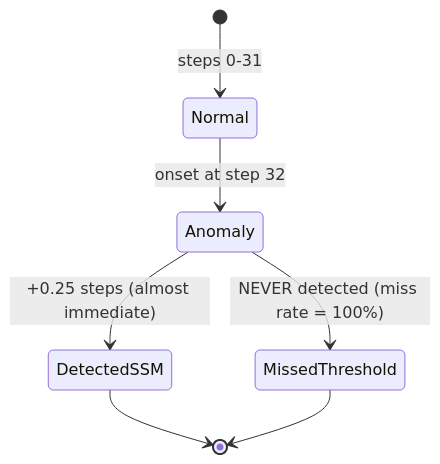
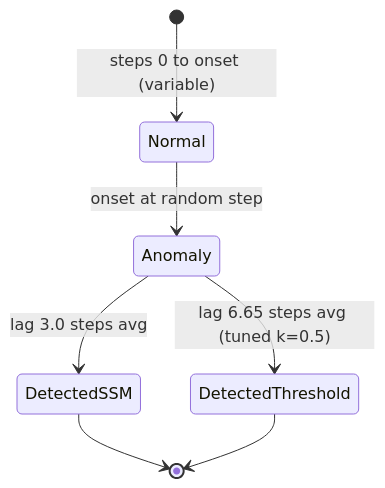
Before and after one commit to tarazum/mamba-playground: the second of 5 diagrams in docs/experiment_results_analysis.md, drawn with Mermaid. The commit also changed other lines of this file and 3 other files, not shown here.

````diff
--- a/docs/experiment_results_analysis.md
+++ b/docs/experiment_results_analysis.md
@@ -105,9 +105,9 @@
 ```mermaid
 stateDiagram-v2
-    [*] --> Normal: steps 0-31
-    Normal --> Anomaly: onset at step 32
-    Anomaly --> DetectedSSM: +0.25 steps (almost immediate)
-    Anomaly --> MissedThreshold: NEVER detected (miss rate = 100%)
+    [*] --> Normal: steps 0 to onset (variable)
+    Normal --> Anomaly: onset at random step
+    Anomaly --> DetectedSSM: lag 3.0 steps avg
+    Anomaly --> DetectedThreshold: lag 6.65 steps avg (tuned k=0.5)
     DetectedSSM --> [*]
-    MissedThreshold --> [*]
+    DetectedThreshold --> [*]
 ```
````
